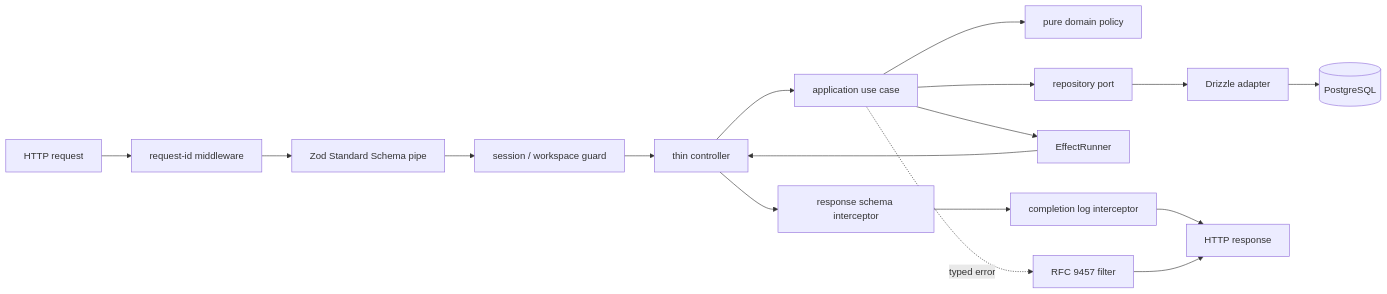
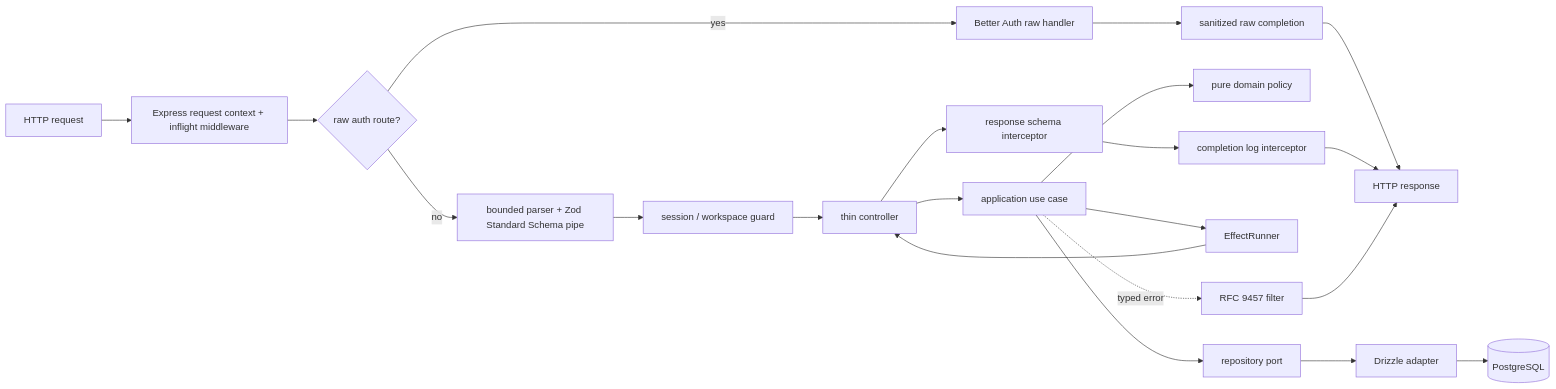
One commit to Lamyzm/eat-bid-service changed the diagram in docs/architecture/backend-application-foundation.md. Above: the diagram before and after it, drawn with Mermaid. The commit also changed other lines of this file and 9 other files, not shown here.

````diff
--- a/docs/architecture/backend-application-foundation.md
+++ b/docs/architecture/backend-application-foundation.md
@@ -102,19 +118,23 @@
 ```mermaid
 flowchart LR
-    req[HTTP request] --> mid[request-id middleware]
-    mid --> pipe[Zod Standard Schema pipe]
+    req[HTTP request] --> mid[Express request context + inflight middleware]
+    mid --> raw{raw auth route?}
+    raw -->|yes| auth[Better Auth raw handler]
+    auth --> rawlog[sanitized raw completion]
+    rawlog --> res[HTTP response]
+    raw -->|no| pipe[bounded parser + Zod Standard Schema pipe]
     pipe --> guard[session / workspace guard]
     guard --> ctrl[thin controller]
     ctrl --> usecase[application use case]
     usecase --> domain[pure domain policy]
     usecase --> repo[repository port]
     repo --> drizzle[Drizzle adapter]
     drizzle --> pg[(PostgreSQL)]
     usecase --> runner[EffectRunner]
     runner --> ctrl
     ctrl --> serial[response schema interceptor]
     serial --> log[completion log interceptor]
-    log --> res[HTTP response]
+    log --> res
     usecase -. typed error .-> filter[RFC 9457 filter]
     filter --> res
 ```
````
